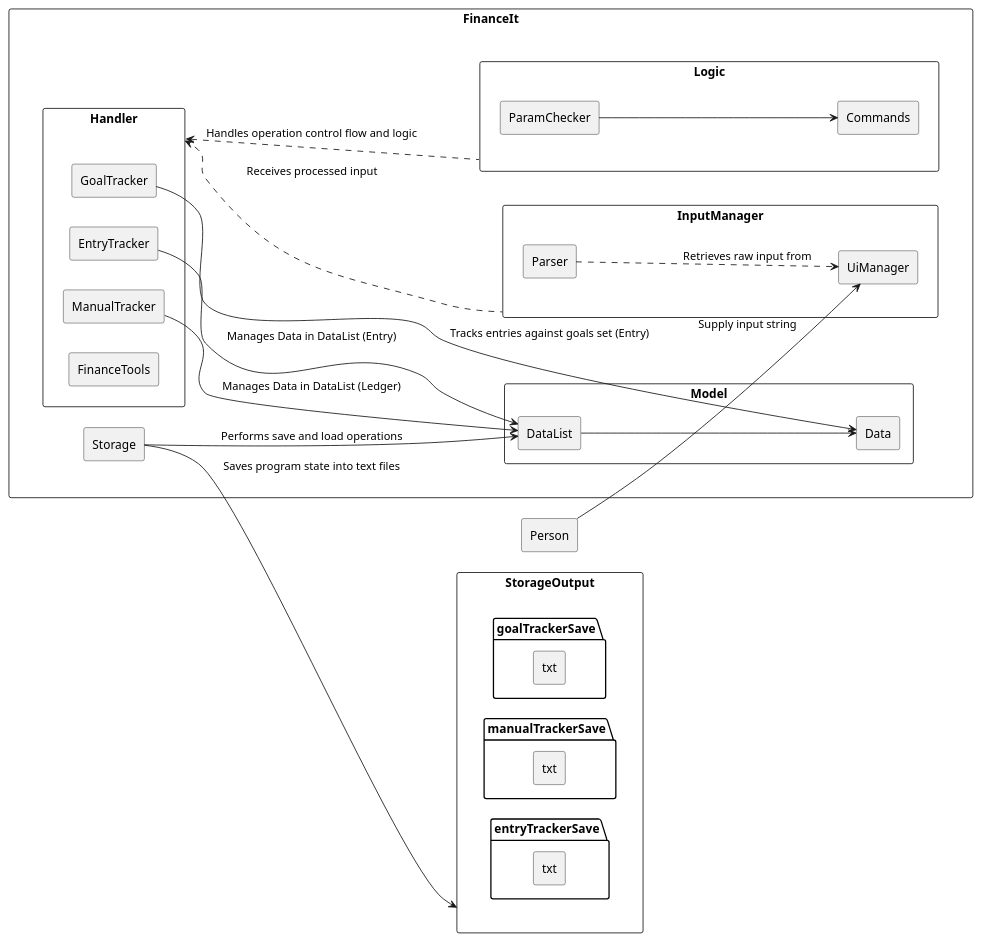
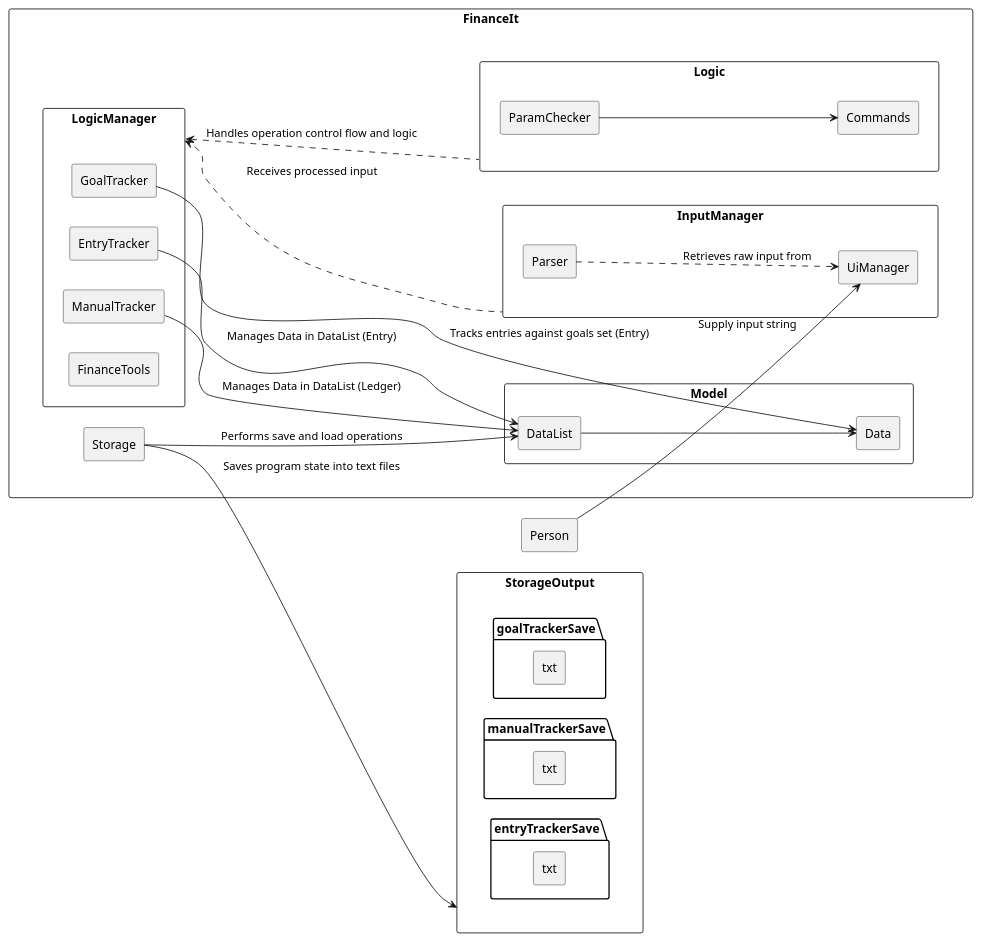
One commit to nus-cs2113-AY2021S1/tp changed the diagram in docs/uml_images/manualTracker/Overall.puml. Above: the diagram before and after it, drawn with PlantUML. The commit also changed 30 other files, not shown here.

```diff
--- a/docs/uml_images/manualTracker/Overall.puml
+++ b/docs/uml_images/manualTracker/Overall.puml
@@ -1,127 +1,127 @@
 @startuml
 hide circle
 skinparam classAttributeIconSize 0
 skinparam BoxPadding 50
 skinparam shadowing false
 left to right direction
 
 
 skinparam package<<Layout>> {
   borderColor Transparent
   backgroundColor Transparent
   fontColor Transparent
   stereotypeFontColor Transparent
 }
 
 rectangle StorageOutput {
     rectangle goalTrackerSave.txt {
     }
     rectangle manualTrackerSave.txt {
     }
     rectangle entryTrackerSave.txt {
     }
 
 }
 
 
 rectangle FinanceIt {
 
     rectangle InputManager {
         rectangle Parser {
         }
         rectangle UiManager {
         }
     }
 
-    rectangle Handler {
+    rectangle LogicManager {
         rectangle ManualTracker {
         }
         rectangle GoalTracker {
         }
         rectangle EntryTracker {
         }
         rectangle FinanceTools {
         }
     }
 
     rectangle Storage {
     }
 
     rectangle Logic {
         rectangle Commands {
         }
 
         rectangle ParamChecker {
         }
         ParamChecker --> Commands
     }
 
     rectangle Model {
         rectangle DataList {
         }
 
         rectangle Data {
         }
     }
 
     Storage --> DataList : Performs save and load operations
     DataList --> Data
     ManualTracker --> DataList : Manages Data in DataList (Ledger)
     EntryTracker --> DataList : Manages Data in DataList (Entry)
     GoalTracker --> Data : Tracks entries against goals set (Entry)
-    Handler <.. InputManager : Receives processed input
+    LogicManager <.. InputManager : Receives processed input
     Parser ..> UiManager : Retrieves raw input from
-    Handler <.. Logic : Handles operation control flow and logic
+    LogicManager <.. Logic : Handles operation control flow and logic
     Storage --> StorageOutput : Saves program state into text files
 
 }
 rectangle Person {
 }
 
 Person --> UiManager : Supply input string
 FinanceIt -[hidden]right Person
 
 /'
 rectangle Model {
     class Entry {
     }
 }
 
 rectangle InputManager {
 }
 
 
 
-rectangle Handler {
+rectangle LogicManager {
     class ManualTracker {
         ~ {static} handleCreateLedger() : State
         ~ {static} handleOpenLedger() : State
         ~ {static} handleDeleteLedger() : State
     }
 
     class EntryTracker {
         ~ {static} handleCreateEntry() : State
         ~ {static} handleEditEntry() : State
         ~ {static} handleDeleteEntry() : State
     }
 
     class GoalTracker {
     }
 
     class FinanceTools{
     }
 
     EntryTracker --> Model : stores entries with >
     ManualTracker --> Model : stores ledgers with >
 }
 
 ManualTracker --> InputManager : Handles input <
 EntryTracker --> InputManager : Handles input <
 
 GoalTracker --> Entry : Tracks against \n input goal >
 GoalTracker ..> EntryTracker : Displays goal progress >
 
 
 Handler -[hidden]- Model
 '/
 @enduml
```
